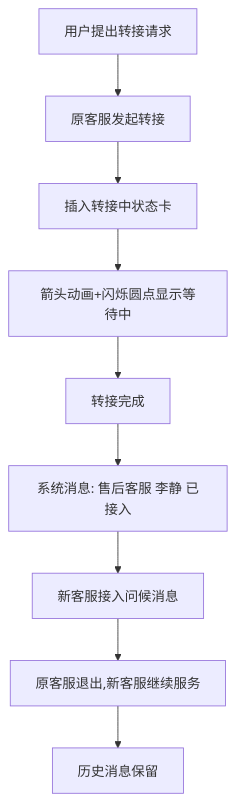
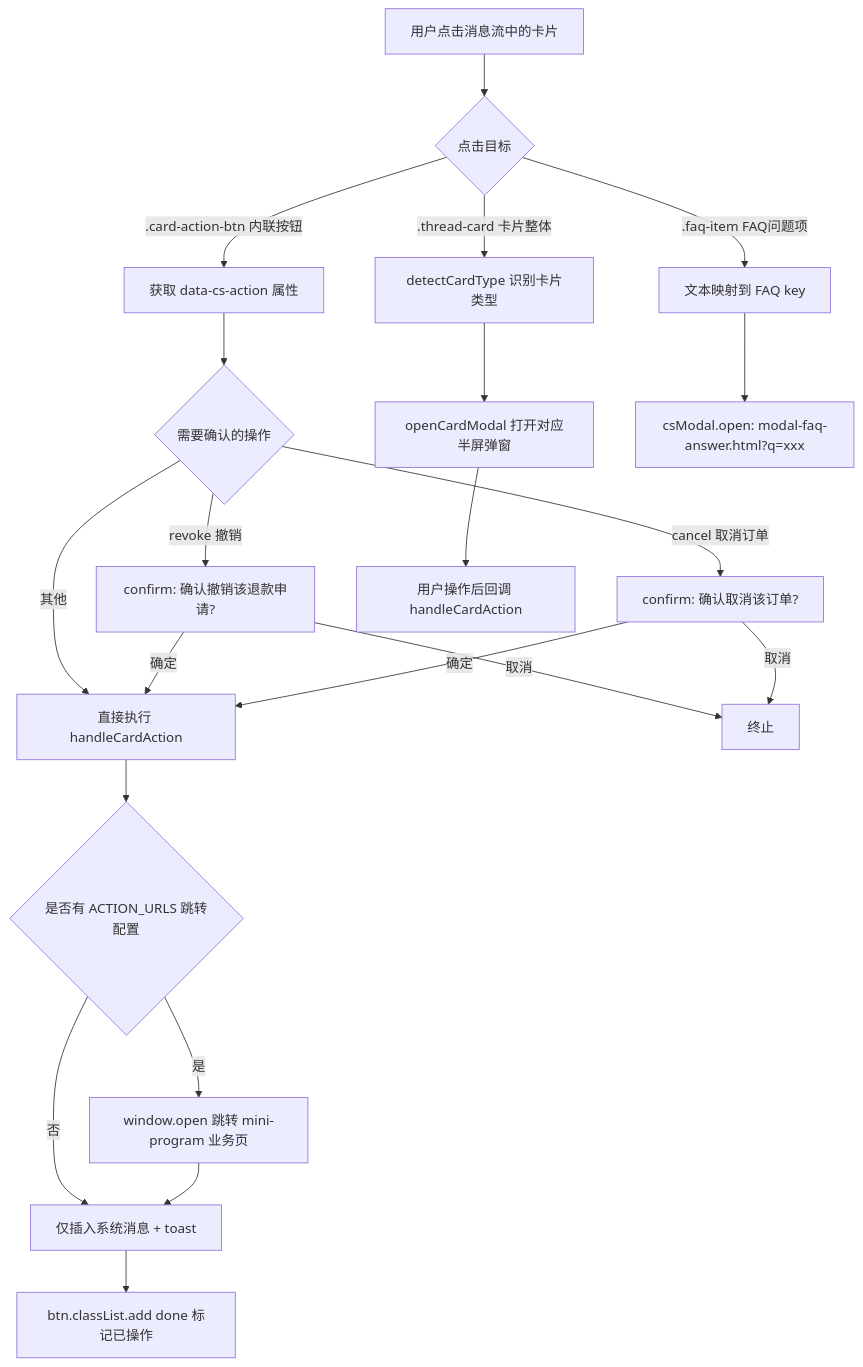
The ninth of 9 diagrams in prototype-cs/user/PRD/02-聊天主界面.md (lyuxiaohei/OCS), drawn with Mermaid before and after one commit. The commit also changed other lines of this file and 29 other files, not shown here.

````diff
--- a/prototype-cs/user/PRD/02-聊天主界面.md
+++ b/prototype-cs/user/PRD/02-聊天主界面.md
@@ -687,11 +250,23 @@
 ```mermaid
 flowchart TD
-    A[用户提出转接请求] --> B[原客服发起转接]
-    B --> C[插入转接中状态卡]
-    C --> D[箭头动画+闪烁圆点显示等待中]
-    D --> E[转接完成]
-    E --> F[系统消息: 售后客服 李静 已接入]
-    F --> G[新客服接入问候消息]
-    G --> H[原客服退出,新客服继续服务]
-    H --> I[历史消息保留]
+    A[用户点击消息流中的卡片] --> B{点击目标}
+    B -->|.card-action-btn 内联按钮| C[获取 data-cs-action 属性]
+    B -->|.thread-card 卡片整体| D[detectCardType 识别卡片类型]
+    B -->|.faq-item FAQ问题项| E[文本映射到 FAQ key]
+    C --> F{需要确认的操作}
+    F -->|revoke 撤销| G[confirm: 确认撤销该退款申请?]
+    F -->|cancel 取消订单| H[confirm: 确认取消该订单?]
+    F -->|其他| I[直接执行 handleCardAction]
+    G -->|确定| I
+    G -->|取消| J[终止]
+    H -->|确定| I
+    H -->|取消| J
+    D --> K[openCardModal 打开对应半屏弹窗]
+    K --> L[用户操作后回调 handleCardAction]
+    E --> M[csModal.open: modal-faq-answer.html?q=xxx]
+    I --> N{是否有 ACTION_URLS 跳转配置}
+    N -->|是| O[window.open 跳转 mini-program 业务页]
+    N -->|否| P[仅插入系统消息 + toast]
+    O --> P
+    P --> Q[btn.classList.add done 标记已操作]
 ```
````
